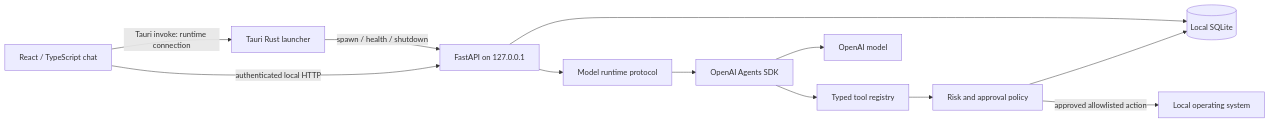
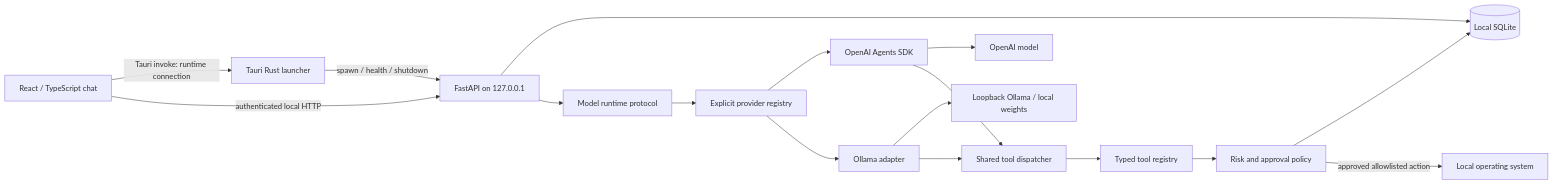
Before and after one commit to Google-Stein/KAT: the diagram in docs/ARCHITECTURE.md, drawn with Mermaid. The commit also changed other lines of this file and 5 other files, not shown here.

````diff
--- a/docs/ARCHITECTURE.md
+++ b/docs/ARCHITECTURE.md
@@ -5,14 +5,19 @@
 ```mermaid
 flowchart LR
   UI[React / TypeScript chat] -->|Tauri invoke: runtime connection| Native[Tauri Rust launcher]
   Native -->|spawn / health / shutdown| Core[FastAPI on 127.0.0.1]
   UI -->|authenticated local HTTP| Core
   Core --> Store[(Local SQLite)]
   Core --> Runtime[Model runtime protocol]
-  Runtime --> SDK[OpenAI Agents SDK]
+  Runtime --> Providers[Explicit provider registry]
+  Providers --> SDK[OpenAI Agents SDK]
+  Providers --> Local[Ollama adapter]
   SDK --> OpenAI[OpenAI model]
-  SDK --> Registry[Typed tool registry]
+  Local --> Backend[Loopback Ollama / local weights]
+  SDK --> Dispatch[Shared tool dispatcher]
+  Local --> Dispatch
+  Dispatch --> Registry[Typed tool registry]
   Registry --> Permissions[Risk and approval policy]
   Permissions --> Store
   Permissions -->|approved allowlisted action| OS[Local operating system]
 ```
````
